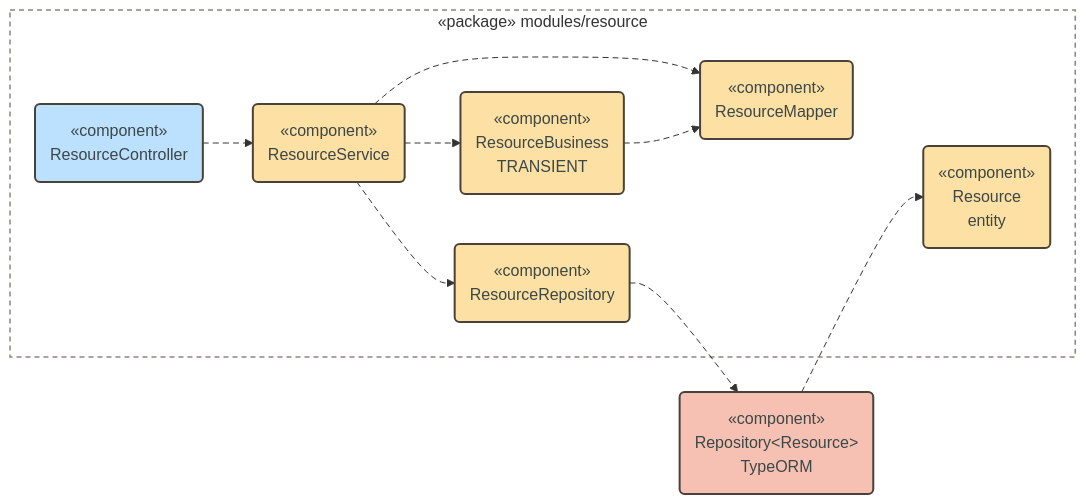
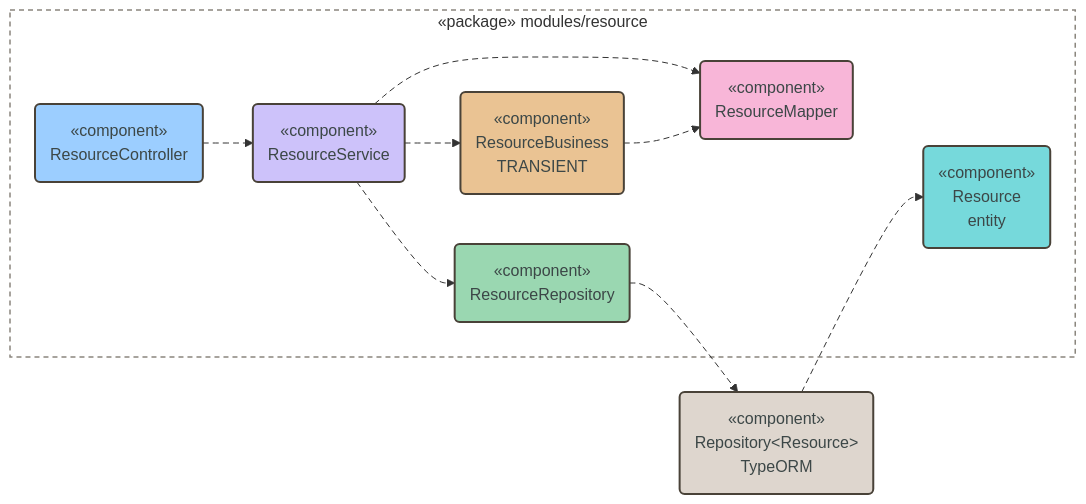
Before and after one commit to pcarroza91/nest-template: the fifth of 19 diagrams in docs/architecture.md, drawn with Mermaid. The commit also changed other lines of this file and 2 other files, not shown here.

First line of the commit message:
docs(architecture): colores por capa y componente en los diagramas Mermaid

````diff
--- a/docs/architecture.md
+++ b/docs/architecture.md
@@ -174,28 +196,36 @@
 ```mermaid
 flowchart LR
     subgraph RES["«package» modules/resource"]
         CTRL("«component»<br/>ResourceController")
         SVC("«component»<br/>ResourceService")
         BIZ("«component»<br/>ResourceBusiness<br/>TRANSIENT")
         REPO("«component»<br/>ResourceRepository")
         MAP("«component»<br/>ResourceMapper")
         ENT("«component»<br/>Resource<br/>entity")
     end
     ORM("«component»<br/>Repository&lt;Resource&gt;<br/>TypeORM")
 
     CTRL --> SVC
     SVC --> REPO & BIZ & MAP
     BIZ --> MAP
     REPO --> ORM
     ORM -.-> ENT
 
-    classDef entry fill:#bce1ff,stroke:#494238,stroke-width:2px,color:#3c4747
-    classDef domain fill:#fde0a3,stroke:#494238,stroke-width:2px,color:#3c4747
-    classDef ext fill:#f6c1b2,stroke:#494238,stroke-width:2px,color:#3c4747
+    classDef infra fill:#ded6ce,stroke:#494238,stroke-width:2px,color:#3c4747
+    classDef controller fill:#9cceff,stroke:#494238,stroke-width:2px,color:#3c4747
+    classDef service fill:#cdc2fa,stroke:#494238,stroke-width:2px,color:#3c4747
+    classDef business fill:#eac393,stroke:#494238,stroke-width:2px,color:#3c4747
+    classDef repository fill:#9ad7b1,stroke:#494238,stroke-width:2px,color:#3c4747
+    classDef entity fill:#76d9db,stroke:#494238,stroke-width:2px,color:#3c4747
+    classDef mapper fill:#f8b6d8,stroke:#494238,stroke-width:2px,color:#3c4747
     classDef pkg fill:transparent,stroke:#8a857d,stroke-width:1.5px,stroke-dasharray:5 4
-    class CTRL entry
-    class SVC,BIZ,REPO,MAP,ENT domain
-    class ORM ext
+    class ORM infra
+    class CTRL controller
+    class SVC service
+    class BIZ business
+    class REPO repository
+    class ENT entity
+    class MAP mapper
     class RES pkg
     linkStyle default stroke-dasharray:6 4
 ```
````
